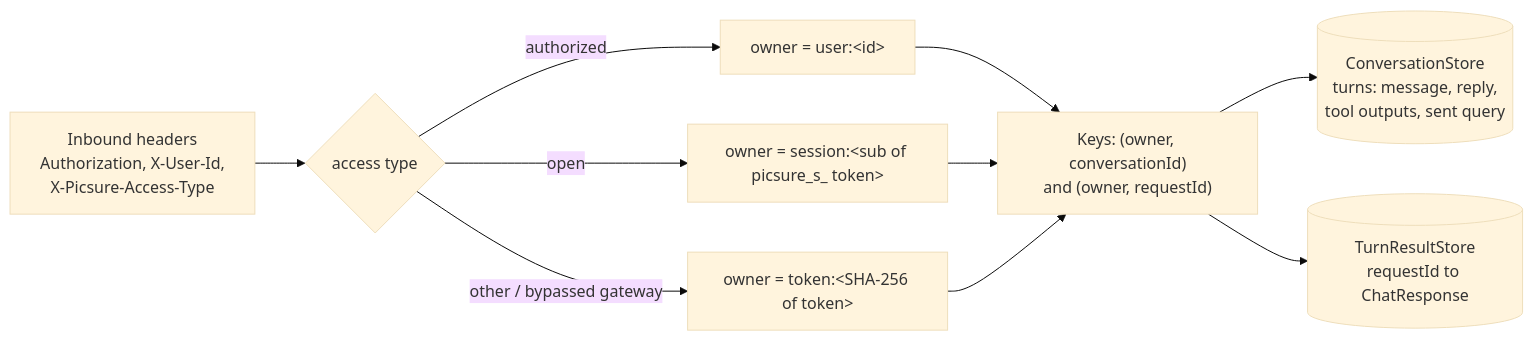
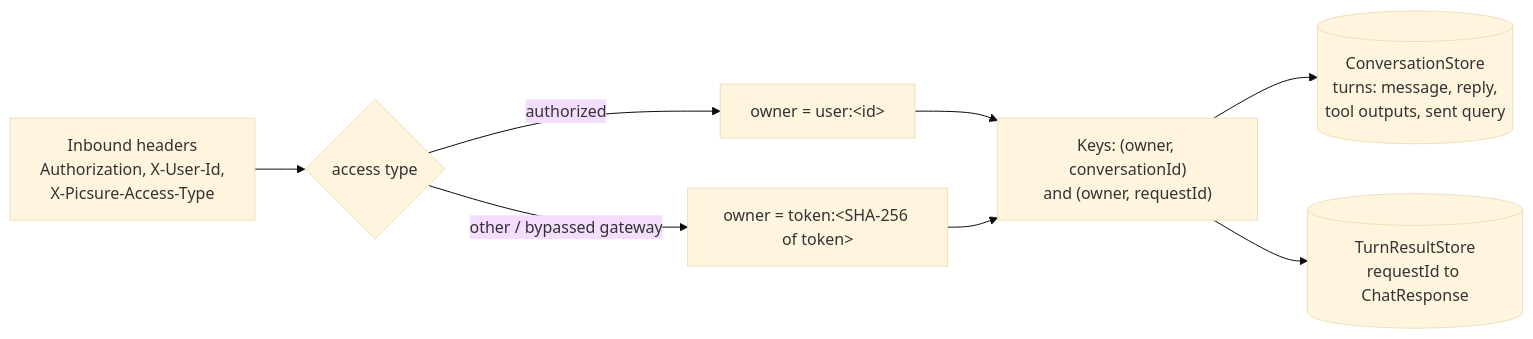
Before and after one commit to hms-dbmi/pic-sure: the fifth of 6 diagrams in services/pic-sure-ai-service/docs/ARCHITECTURE.md, drawn with Mermaid (base theme). The commit also changed other lines of this file and 7 other files, not shown here.

````diff
--- a/services/pic-sure-ai-service/docs/ARCHITECTURE.md
+++ b/services/pic-sure-ai-service/docs/ARCHITECTURE.md
@@ -137,12 +163,10 @@
 ```mermaid
 flowchart LR
     H["Inbound headers<br/>Authorization, X-User-Id,<br/>X-Picsure-Access-Type"] --> O{access type}
     O -- authorized --> U["owner = user:&lt;id&gt;"]
-    O -- open --> SS["owner = session:&lt;sub of picsure_s_ token&gt;"]
     O -- other / bypassed gateway --> T["owner = token:&lt;SHA-256 of token&gt;"]
     U --> K["Keys: (owner, conversationId)<br/>and (owner, requestId)"]
-    SS --> K
     T --> K
     K --> CS[(ConversationStore<br/>turns: message, reply,<br/>tool outputs, sent query)]
     K --> RS[(TurnResultStore<br/>requestId to ChatResponse)]
 ```
````
